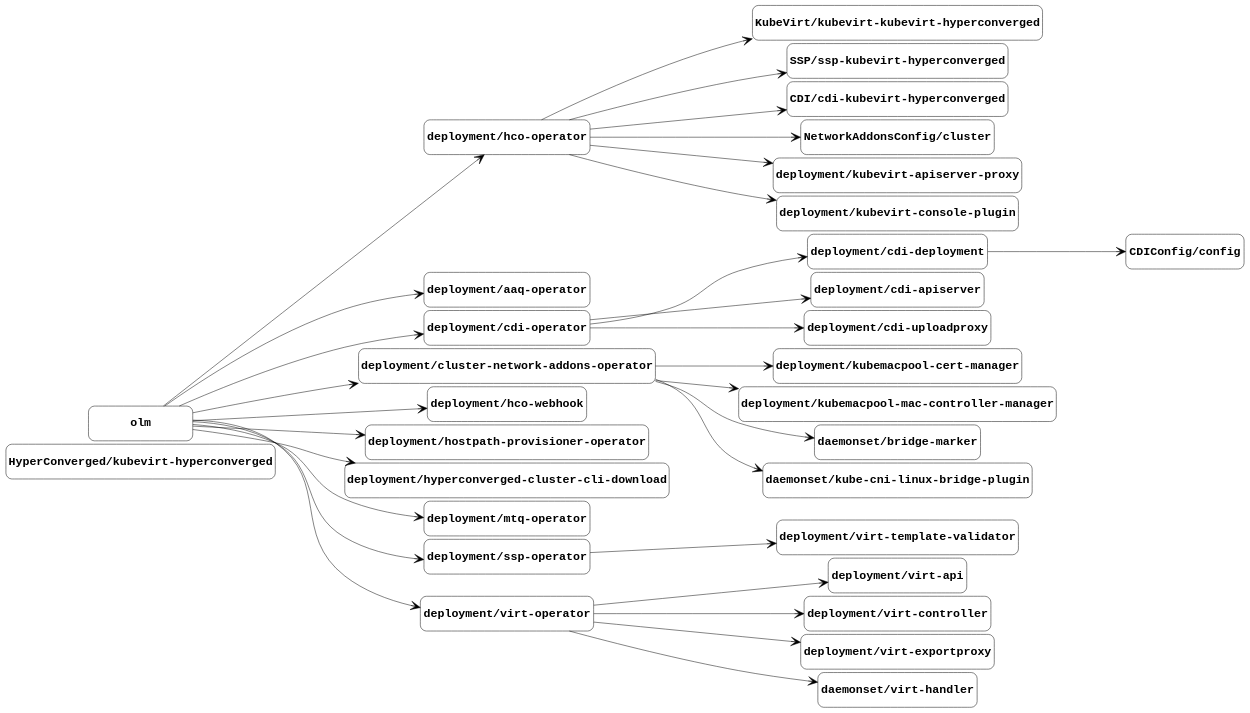
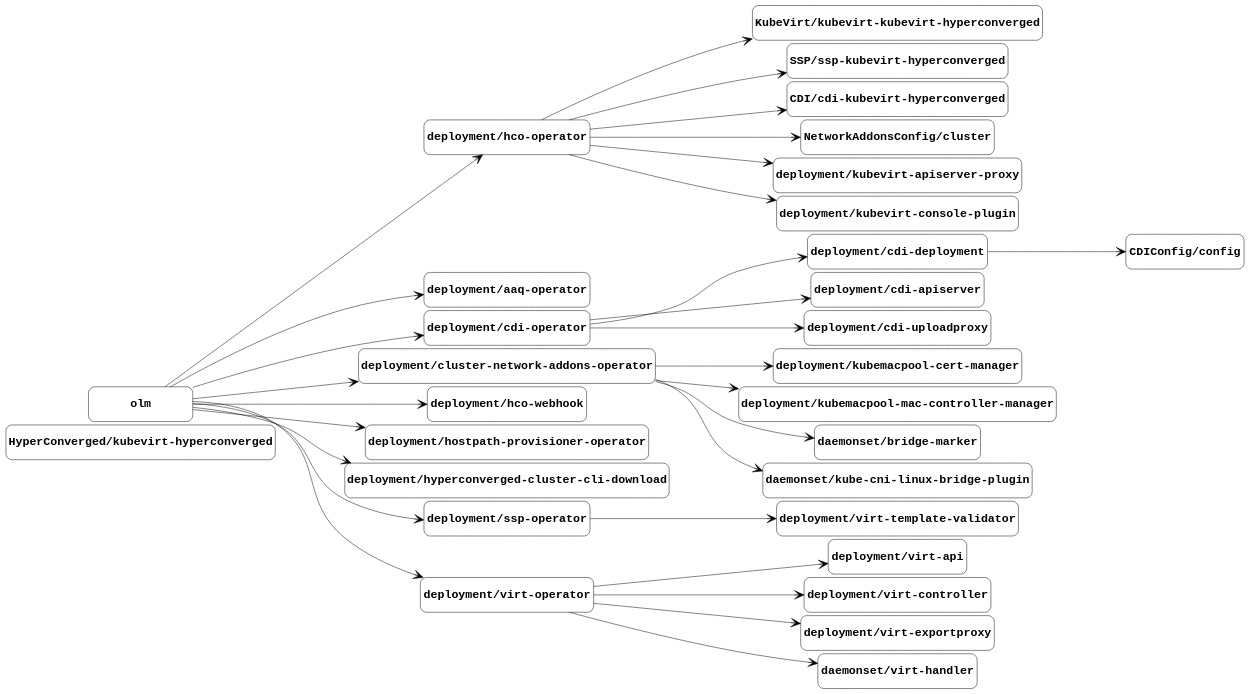
The diagram in docs/managed-by.gv (kubevirt/kubevirt), drawn with Graphviz before and after one commit. The commit also changed 3 other files, not shown here.

Commit message:
Update component graphs from the nightly job (#3047)

```diff
--- a/docs/managed-by.gv
+++ b/docs/managed-by.gv
@@ -1,93 +1,90 @@
 digraph "managed-by" {
 	graph [center=true margin=0.2 nodesep=0.1 rankdir=LR ranksep=2]
 	node [fontname="Courier-Bold" fontsize=24 height=1 shape=box style=rounded width=3]
 	edge [arrowhead=vee arrowsize=2]
 	"HyperConverged/kubevirt-hyperconverged" [label="HyperConverged/kubevirt-hyperconverged"]
 	"KubeVirt/kubevirt-kubevirt-hyperconverged" [label="KubeVirt/kubevirt-kubevirt-hyperconverged"]
 	"deployment/hco-operator" [label="deployment/hco-operator"]
 	"deployment/hco-operator" -> "KubeVirt/kubevirt-kubevirt-hyperconverged"
 	"SSP/ssp-kubevirt-hyperconverged" [label="SSP/ssp-kubevirt-hyperconverged"]
 	"deployment/hco-operator" [label="deployment/hco-operator"]
 	"deployment/hco-operator" -> "SSP/ssp-kubevirt-hyperconverged"
 	"CDI/cdi-kubevirt-hyperconverged" [label="CDI/cdi-kubevirt-hyperconverged"]
 	"deployment/hco-operator" [label="deployment/hco-operator"]
 	"deployment/hco-operator" -> "CDI/cdi-kubevirt-hyperconverged"
 	"CDIConfig/config" [label="CDIConfig/config"]
 	"deployment/cdi-deployment" [label="deployment/cdi-deployment"]
 	"deployment/cdi-deployment" -> "CDIConfig/config"
 	"NetworkAddonsConfig/cluster" [label="NetworkAddonsConfig/cluster"]
 	"deployment/hco-operator" [label="deployment/hco-operator"]
 	"deployment/hco-operator" -> "NetworkAddonsConfig/cluster"
 	"deployment/aaq-operator" [label="deployment/aaq-operator"]
 	olm [label=olm]
 	olm -> "deployment/aaq-operator"
 	"deployment/cdi-apiserver" [label="deployment/cdi-apiserver"]
 	"deployment/cdi-operator" [label="deployment/cdi-operator"]
 	"deployment/cdi-operator" -> "deployment/cdi-apiserver"
 	"deployment/cdi-deployment" [label="deployment/cdi-deployment"]
 	"deployment/cdi-operator" [label="deployment/cdi-operator"]
 	"deployment/cdi-operator" -> "deployment/cdi-deployment"
 	"deployment/cdi-operator" [label="deployment/cdi-operator"]
 	olm [label=olm]
 	olm -> "deployment/cdi-operator"
 	"deployment/cdi-uploadproxy" [label="deployment/cdi-uploadproxy"]
 	"deployment/cdi-operator" [label="deployment/cdi-operator"]
 	"deployment/cdi-operator" -> "deployment/cdi-uploadproxy"
 	"deployment/cluster-network-addons-operator" [label="deployment/cluster-network-addons-operator"]
 	olm [label=olm]
 	olm -> "deployment/cluster-network-addons-operator"
 	"deployment/hco-operator" [label="deployment/hco-operator"]
 	olm [label=olm]
 	olm -> "deployment/hco-operator"
 	"deployment/hco-webhook" [label="deployment/hco-webhook"]
 	olm [label=olm]
 	olm -> "deployment/hco-webhook"
 	"deployment/hostpath-provisioner-operator" [label="deployment/hostpath-provisioner-operator"]
 	olm [label=olm]
 	olm -> "deployment/hostpath-provisioner-operator"
 	"deployment/hyperconverged-cluster-cli-download" [label="deployment/hyperconverged-cluster-cli-download"]
 	olm [label=olm]
 	olm -> "deployment/hyperconverged-cluster-cli-download"
 	"deployment/kubemacpool-cert-manager" [label="deployment/kubemacpool-cert-manager"]
 	"deployment/cluster-network-addons-operator" [label="deployment/cluster-network-addons-operator"]
 	"deployment/cluster-network-addons-operator" -> "deployment/kubemacpool-cert-manager"
 	"deployment/kubemacpool-mac-controller-manager" [label="deployment/kubemacpool-mac-controller-manager"]
 	"deployment/cluster-network-addons-operator" [label="deployment/cluster-network-addons-operator"]
 	"deployment/cluster-network-addons-operator" -> "deployment/kubemacpool-mac-controller-manager"
 	"deployment/kubevirt-apiserver-proxy" [label="deployment/kubevirt-apiserver-proxy"]
 	"deployment/hco-operator" [label="deployment/hco-operator"]
 	"deployment/hco-operator" -> "deployment/kubevirt-apiserver-proxy"
 	"deployment/kubevirt-console-plugin" [label="deployment/kubevirt-console-plugin"]
 	"deployment/hco-operator" [label="deployment/hco-operator"]
 	"deployment/hco-operator" -> "deployment/kubevirt-console-plugin"
-	"deployment/mtq-operator" [label="deployment/mtq-operator"]
-	olm [label=olm]
-	olm -> "deployment/mtq-operator"
 	"deployment/ssp-operator" [label="deployment/ssp-operator"]
 	olm [label=olm]
 	olm -> "deployment/ssp-operator"
 	"deployment/virt-api" [label="deployment/virt-api"]
 	"deployment/virt-operator" [label="deployment/virt-operator"]
 	"deployment/virt-operator" -> "deployment/virt-api"
 	"deployment/virt-controller" [label="deployment/virt-controller"]
 	"deployment/virt-operator" [label="deployment/virt-operator"]
 	"deployment/virt-operator" -> "deployment/virt-controller"
 	"deployment/virt-exportproxy" [label="deployment/virt-exportproxy"]
 	"deployment/virt-operator" [label="deployment/virt-operator"]
 	"deployment/virt-operator" -> "deployment/virt-exportproxy"
 	"deployment/virt-operator" [label="deployment/virt-operator"]
 	olm [label=olm]
 	olm -> "deployment/virt-operator"
 	"deployment/virt-template-validator" [label="deployment/virt-template-validator"]
 	"deployment/ssp-operator" [label="deployment/ssp-operator"]
 	"deployment/ssp-operator" -> "deployment/virt-template-validator"
 	"daemonset/bridge-marker" [label="daemonset/bridge-marker"]
 	"deployment/cluster-network-addons-operator" [label="deployment/cluster-network-addons-operator"]
 	"deployment/cluster-network-addons-operator" -> "daemonset/bridge-marker"
 	"daemonset/kube-cni-linux-bridge-plugin" [label="daemonset/kube-cni-linux-bridge-plugin"]
 	"deployment/cluster-network-addons-operator" [label="deployment/cluster-network-addons-operator"]
 	"deployment/cluster-network-addons-operator" -> "daemonset/kube-cni-linux-bridge-plugin"
 	"daemonset/virt-handler" [label="daemonset/virt-handler"]
 	"deployment/virt-operator" [label="deployment/virt-operator"]
 	"deployment/virt-operator" -> "daemonset/virt-handler"
 }
```
